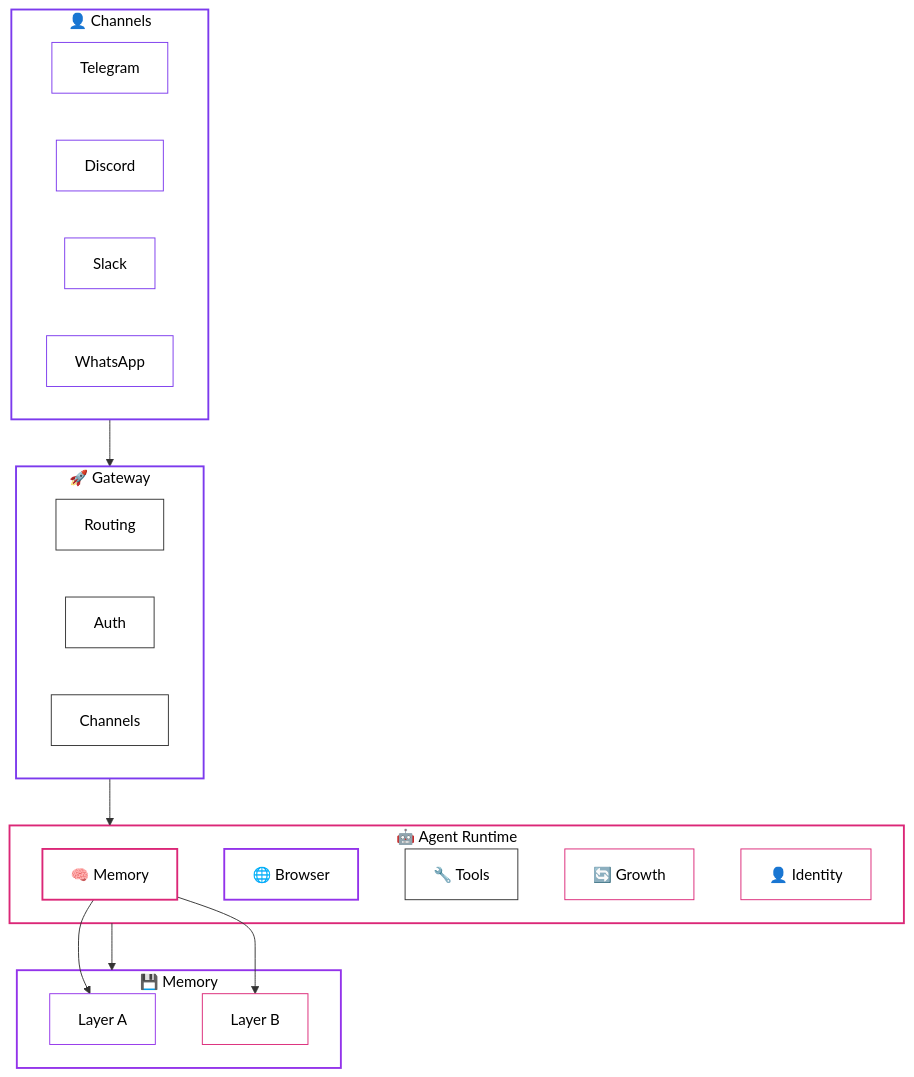
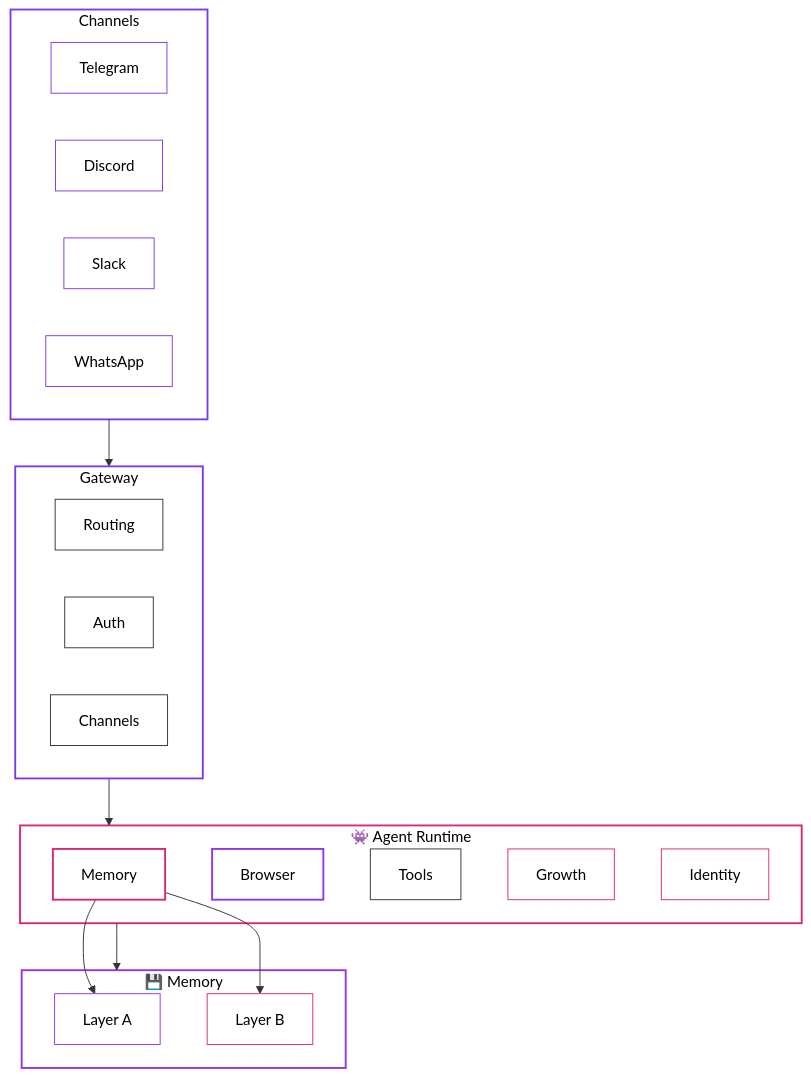
Before and after one commit to mangiapanejohn-dev/Resonix-AG: the fifth of 5 diagrams in README.md, drawn with Mermaid. The commit also changed other lines of this file, not shown here.

````diff
--- a/README.md
+++ b/README.md
@@ -135,53 +135,53 @@
 ```mermaid
 flowchart TB
-    subgraph Users[👤 Channels]
+    subgraph Users[Channels]
         T[Telegram]
         D[Discord]
         S[Slack]
         W[WhatsApp]
     end
 
-    subgraph Gateway[🚀 Gateway]
+    subgraph Gateway[Gateway]
         R[Routing]
         A[Auth]
         C[Channels]
     end
 
-    subgraph Agent[🤖 Agent Runtime]
-        M[🧠 Memory]
-        B[🌐 Browser]
-        T2[🔧 Tools]
-        G[🔄 Growth]
-        I[👤 Identity]
+    subgraph Agent[👾 Agent Runtime]
+        M[Memory]
+        B[Browser]
+        T2[Tools]
+        G[Growth]
+        I[Identity]
     end
 
     subgraph Memory[💾 Memory]
         MA[Layer A]
         MB[Layer B]
     end
 
     Users --> Gateway
     Gateway --> Agent
     Agent --> Memory
     M --> MA
     M --> MB
 
     style Users fill:#fff,stroke:#7c3aed,stroke-width:2,color:#000
     style Gateway fill:#fff,stroke:#7c3aed,stroke-width:2,color:#000
     style Agent fill:#fff,stroke:#db2777,stroke-width:2,color:#000
     style Memory fill:#fff,stroke:#9333ea,stroke-width:2,color:#000
     style T fill:#fff,stroke:#7c3aed,stroke-width:1,color:#000
     style D fill:#fff,stroke:#7c3aed,stroke-width:1,color:#000
     style S fill:#fff,stroke:#7c3aed,stroke-width:1,color:#000
     style W fill:#fff,stroke:#7c3aed,stroke-width:1,color:#000
     style R fill:#fff,stroke:#333,stroke-width:1,color:#000
     style A fill:#fff,stroke:#333,stroke-width:1,color:#000
     style C fill:#fff,stroke:#333,stroke-width:1,color:#000
     style M fill:#fff,stroke:#db2777,stroke-width:2,color:#000
     style B fill:#fff,stroke:#9333ea,stroke-width:2,color:#000
     style T2 fill:#fff,stroke:#333,stroke-width:1,color:#000
     style G fill:#fff,stroke:#db2777,stroke-width:1,color:#000
     style I fill:#fff,stroke:#db2777,stroke-width:1,color:#000
     style MA fill:#fff,stroke:#9333ea,stroke-width:1,color:#000
     style MB fill:#fff,stroke:#db2777,stroke-width:1,color:#000
 ```
````
